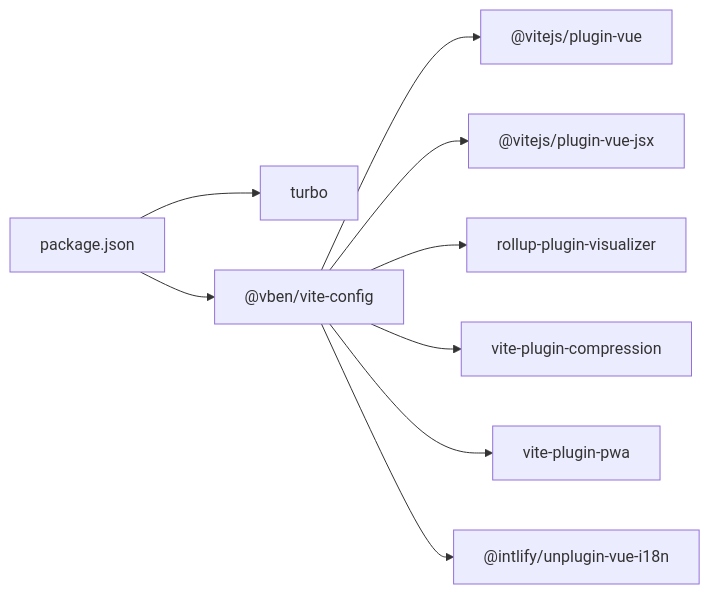
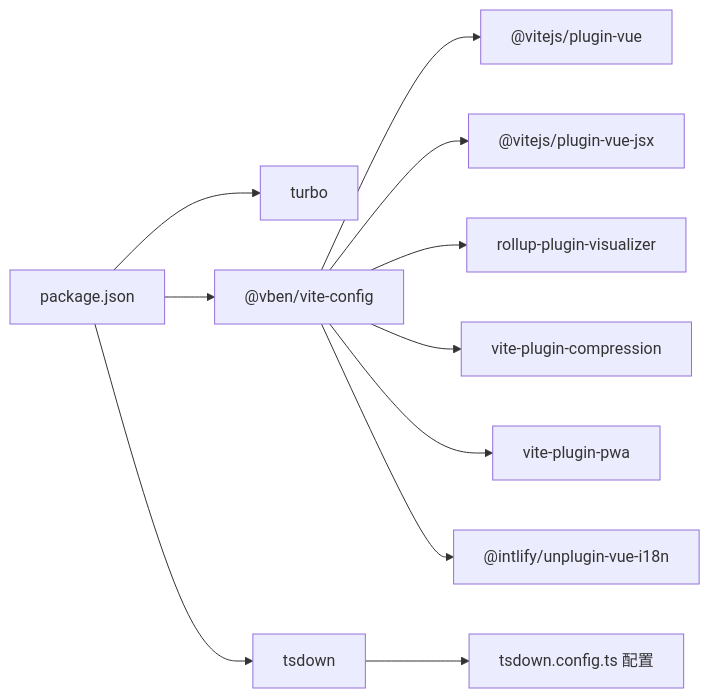
Before and after one commit to liuyinzhong/hive: the seventh of 7 diagrams in .qoder/repowiki/zh/content/开发工具链/构建优化与性能调优.md, drawn with Mermaid. The commit also changed other lines of this file and 8 other files, not shown here.

````diff
--- a/.qoder/repowiki/zh/content/开发工具链/构建优化与性能调优.md
+++ b/.qoder/repowiki/zh/content/开发工具链/构建优化与性能调优.md
@@ -287,11 +371,13 @@
 ```mermaid
 graph LR
 P["package.json"] --> T["turbo"]
 P --> VR["@vben/vite-config"]
+P --> TS["tsdown"]
 VR --> PV["@vitejs/plugin-vue"]
 VR --> PJX["@vitejs/plugin-vue-jsx"]
 VR --> VS["rollup-plugin-visualizer"]
 VR --> ZP["vite-plugin-compression"]
 VR --> VP["vite-plugin-pwa"]
 VR --> VI18N["@intlify/unplugin-vue-i18n"]
+TS --> TSCFG["tsdown.config.ts 配置"]
 ```
````
